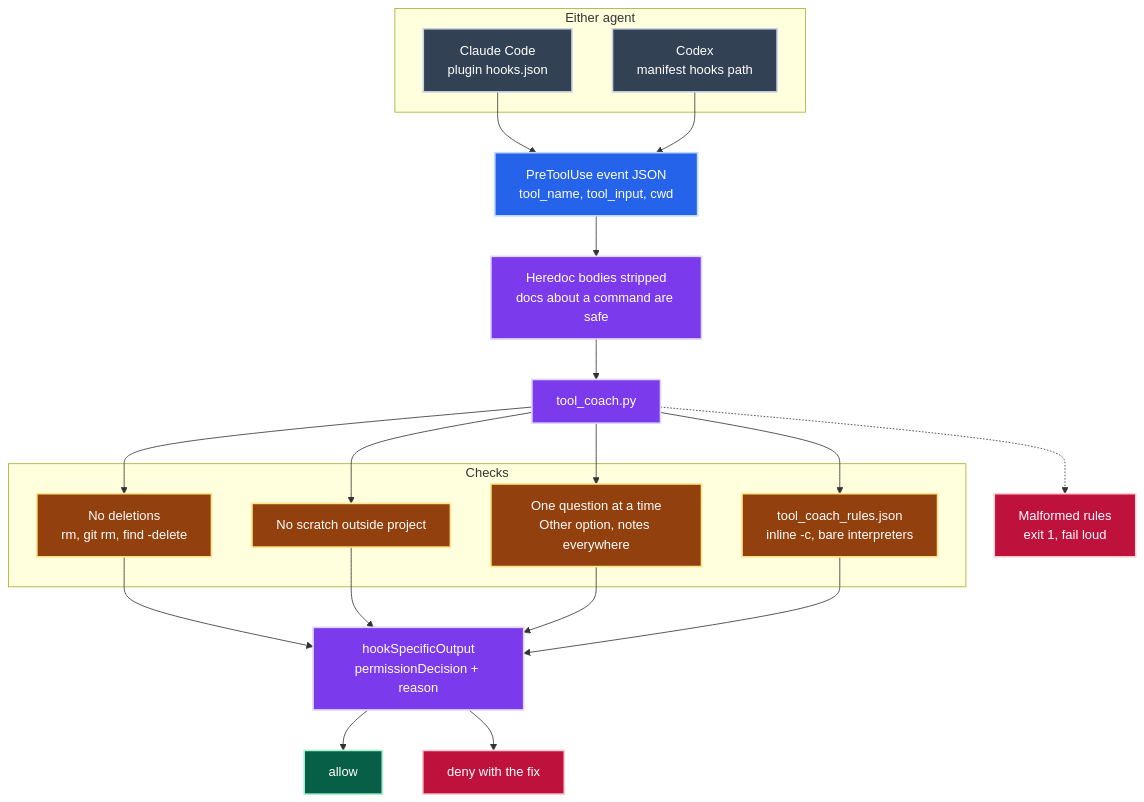
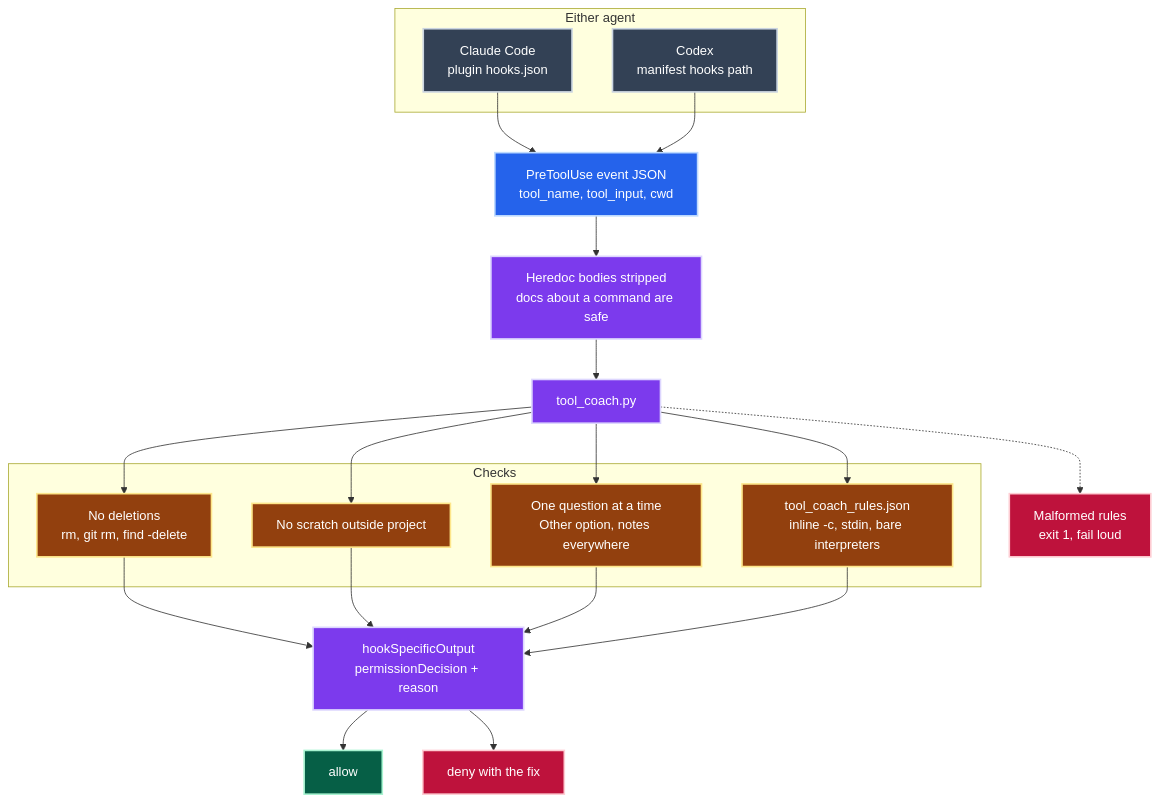
Before and after one commit to jpeakai/skills: the second of 2 diagrams in plugins/jpai-essentials/hooks/README.md, drawn with Mermaid. The commit also changed other lines of this file and 6 other files, not shown here.

First line of the commit message:
Coach Python fed in on stdin into a script file

````diff
--- a/plugins/jpai-essentials/hooks/README.md
+++ b/plugins/jpai-essentials/hooks/README.md
@@ -48,42 +48,42 @@
 ```mermaid
 flowchart TB
     subgraph agents["Either agent"]
         CC["Claude Code<br/>plugin hooks.json"]:::host
         CX["Codex<br/>manifest hooks path"]:::host
     end
 
     EV["PreToolUse event JSON<br/>tool_name, tool_input, cwd"]:::input
     HD["Heredoc bodies stripped<br/>docs about a command are safe"]:::proc
     H["tool_coach.py"]:::proc
 
     subgraph checks["Checks"]
         ND["No deletions<br/>rm, git rm, find -delete"]:::check
         NS["No scratch outside project"]:::check
         QS["One question at a time<br/>Other option, notes everywhere"]:::check
-        TR["tool_coach_rules.json<br/>inline -c, bare interpreters"]:::check
+        TR["tool_coach_rules.json<br/>inline -c, stdin, bare interpreters"]:::check
     end
 
     OUT["hookSpecificOutput<br/>permissionDecision + reason"]:::proc
     A["allow"]:::ok
     D["deny with the fix"]:::deny
     ERR["Malformed rules<br/>exit 1, fail loud"]:::deny
 
     CC --> EV
     CX --> EV
     EV --> HD --> H
     H --> ND
     H --> NS
     H --> QS
     H --> TR
     ND & NS & QS & TR --> OUT
     OUT --> A
     OUT --> D
     H -.-> ERR
 
     classDef host  fill:#334155,stroke:#cbd5e1,color:#ffffff,stroke-width:2px
     classDef input fill:#2563eb,stroke:#bfdbfe,color:#ffffff,stroke-width:2px
     classDef proc  fill:#7c3aed,stroke:#ddd6fe,color:#ffffff,stroke-width:2px
     classDef check fill:#92400e,stroke:#fde68a,color:#ffffff,stroke-width:2px
     classDef ok    fill:#065f46,stroke:#a7f3d0,color:#ffffff,stroke-width:2px
     classDef deny  fill:#be123c,stroke:#fecdd3,color:#ffffff,stroke-width:2px
 ```
````
